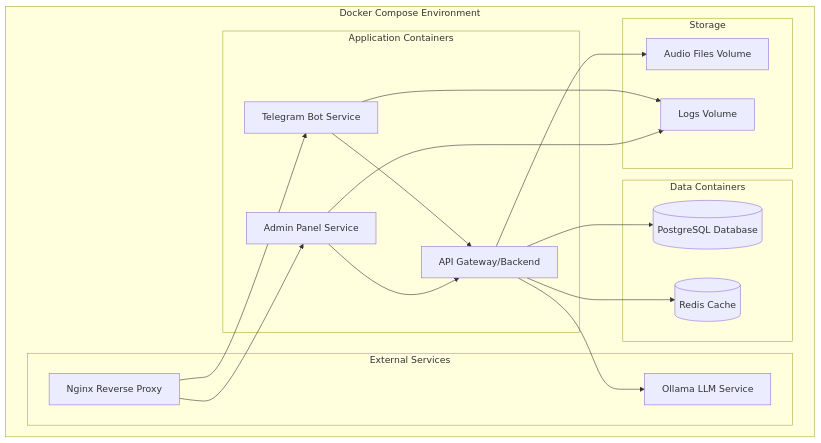
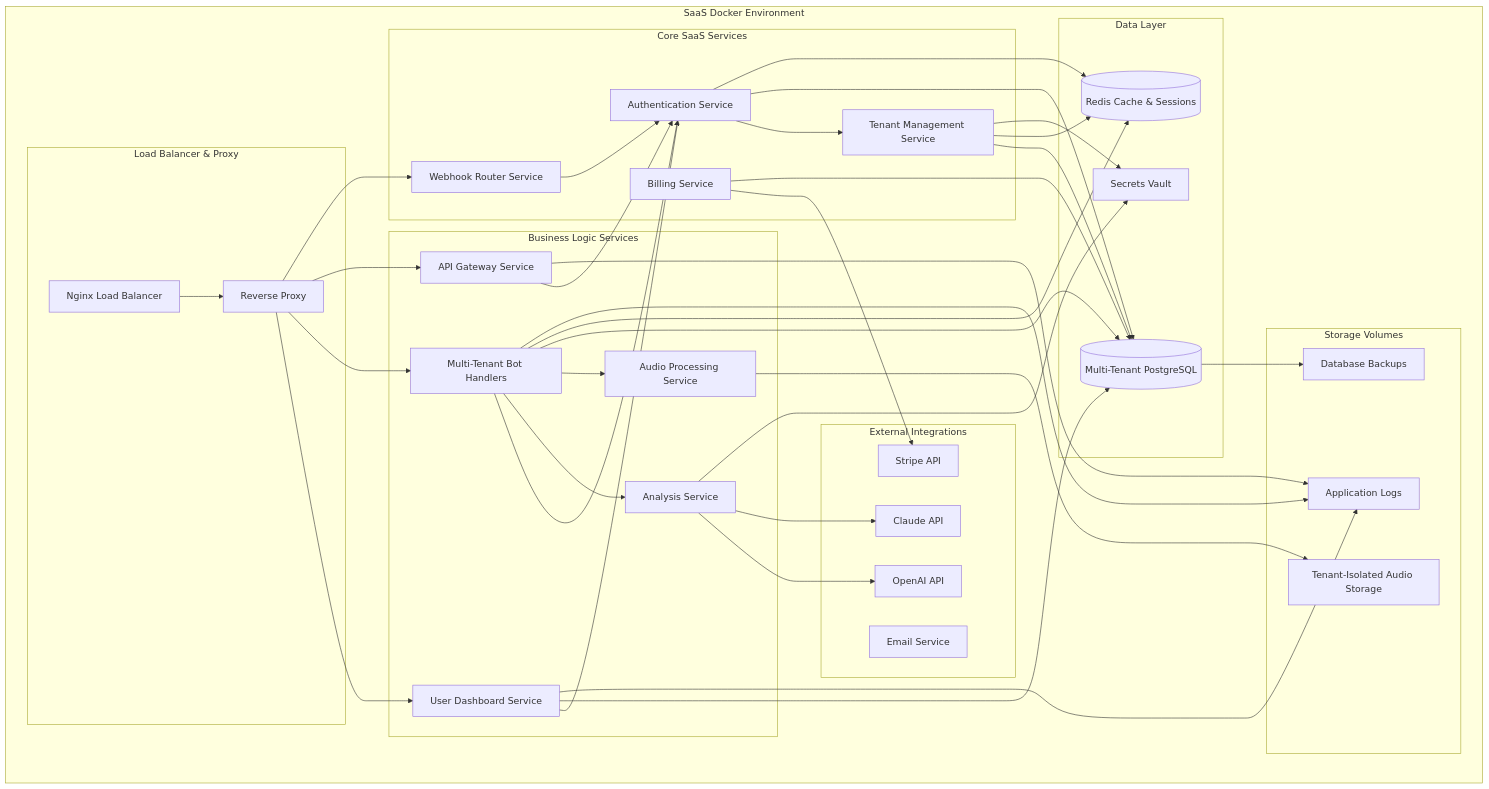
The second of 2 diagrams in .kiro/specs/ai-hr-bot-system/design.md (geralexgit/ai-hr-bot), drawn with Mermaid before and after one commit. The commit also changed other lines of this file, not shown here.

````diff
--- a/.kiro/specs/ai-hr-bot-system/design.md
+++ b/.kiro/specs/ai-hr-bot-system/design.md
@@ -822,36 +1472,82 @@
 ```mermaid
 graph TB
-    subgraph "Docker Compose Environment"
-        subgraph "Application Containers"
-            BOT[Telegram Bot Service]
-            ADMIN[Admin Panel Service]
-            API[API Gateway/Backend]
+    subgraph "SaaS Docker Environment"
+        subgraph "Load Balancer & Proxy"
+            LB[Nginx Load Balancer]
+            PROXY[Reverse Proxy]
         end
         
-        subgraph "Data Containers"
-            DB[(PostgreSQL Database)]
-            REDIS[(Redis Cache)]
+        subgraph "Core SaaS Services"
+            AUTH[Authentication Service]
+            TENANT[Tenant Management Service]
+            BILLING[Billing Service]
+            WEBHOOK[Webhook Router Service]
         end
         
-        subgraph "External Services"
-            OLLAMA[Ollama LLM Service]
-            NGINX[Nginx Reverse Proxy]
+        subgraph "Business Logic Services"
+            BOT[Multi-Tenant Bot Handlers]
+            DASHBOARD[User Dashboard Service]
+            API[API Gateway Service]
+            ANALYSIS[Analysis Service]
+            AUDIO[Audio Processing Service]
         end
         
-        subgraph "Storage"
-            AUDIO[Audio Files Volume]
-            LOGS[Logs Volume]
+        subgraph "Data Layer"
+            DB[(Multi-Tenant PostgreSQL)]
+            REDIS[(Redis Cache & Sessions)]
+            VAULT[Secrets Vault]
+        end
+        
+        subgraph "External Integrations"
+            OPENAI[OpenAI API]
+            CLAUDE[Claude API]
+            STRIPE[Stripe API]
+            EMAIL[Email Service]
+        end
+        
+        subgraph "Storage Volumes"
+            TENANT_AUDIO[Tenant-Isolated Audio Storage]
+            LOGS[Application Logs]
+            BACKUPS[Database Backups]
         end
     end
     
-    BOT --> API
-    ADMIN --> API
-    API --> DB
-    API --> REDIS
-    API --> OLLAMA
-    NGINX --> BOT
-    NGINX --> ADMIN
-    API --> AUDIO
+    LB --> PROXY
+    PROXY --> DASHBOARD
+    PROXY --> BOT
+    PROXY --> API
+    PROXY --> WEBHOOK
+    
+    DASHBOARD --> AUTH
+    BOT --> AUTH
+    API --> AUTH
+    WEBHOOK --> AUTH
+    
+    AUTH --> TENANT
+    BILLING --> STRIPE
+    
+    BOT --> ANALYSIS
+    BOT --> AUDIO
+    ANALYSIS --> OPENAI
+    ANALYSIS --> CLAUDE
+    AUDIO --> TENANT_AUDIO
+    
+    AUTH --> DB
+    TENANT --> DB
+    BOT --> DB
+    DASHBOARD --> DB
+    BILLING --> DB
+    
+    AUTH --> REDIS
+    TENANT --> REDIS
+    BOT --> REDIS
+    
+    TENANT --> VAULT
+    ANALYSIS --> VAULT
+    
+    API --> LOGS
     BOT --> LOGS
-    ADMIN --> LOGS
+    DASHBOARD --> LOGS
+    
+    DB --> BACKUPS
 ```
````
